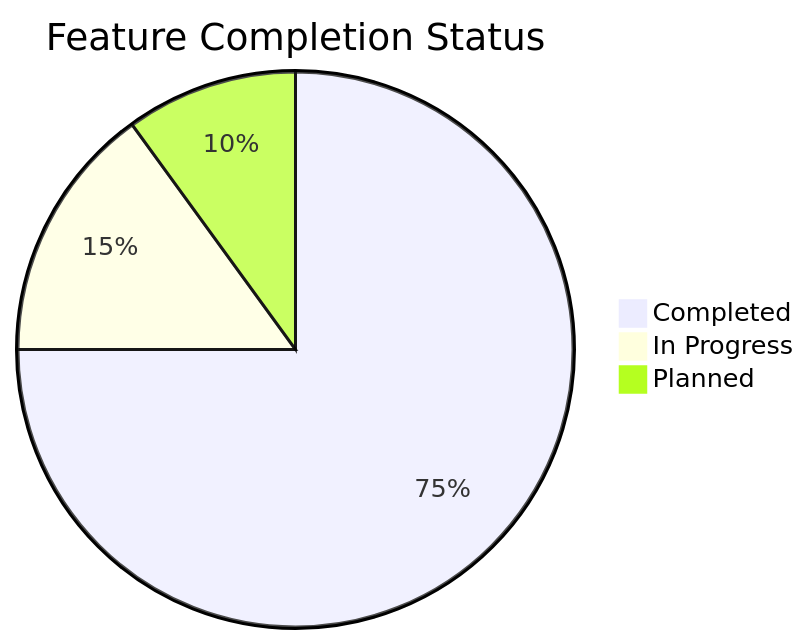
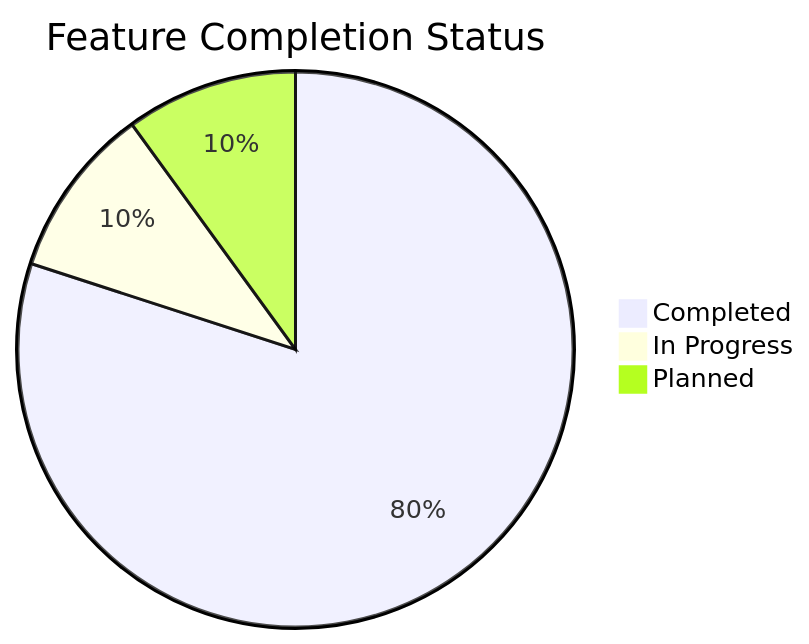
Before and after one commit to mrj0nesmtl/cloud-burst: the second of 2 diagrams in docs/planning/roadmap.md, drawn with Mermaid. The commit also changed other lines of this file and 31 other files, not shown here.

````diff
--- a/docs/planning/roadmap.md
+++ b/docs/planning/roadmap.md
@@ -168,6 +171,6 @@
 ```mermaid
 pie title Feature Completion Status
-    "Completed" : 75
-    "In Progress" : 15
+    "Completed" : 80
+    "In Progress" : 10
     "Planned" : 10
 ```
````
